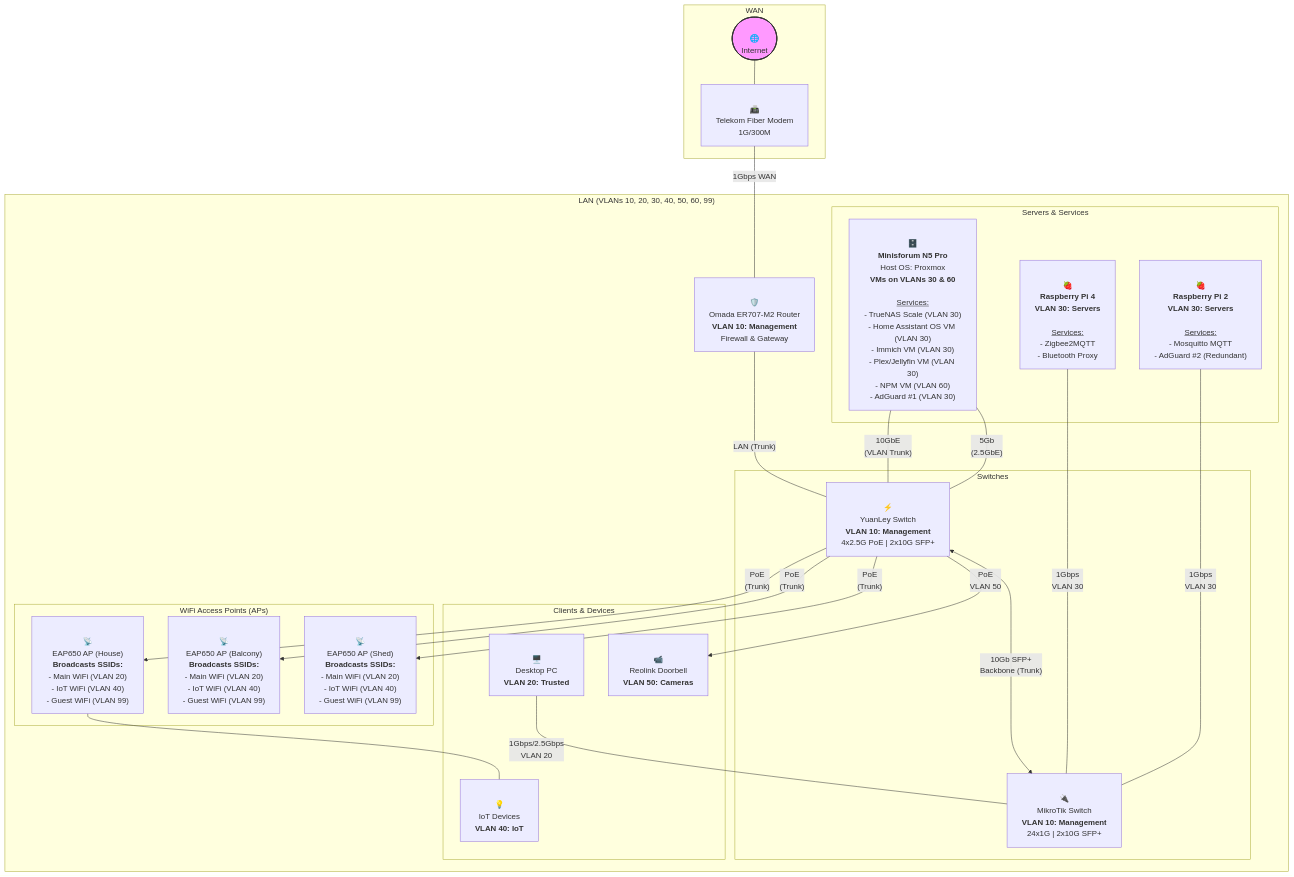
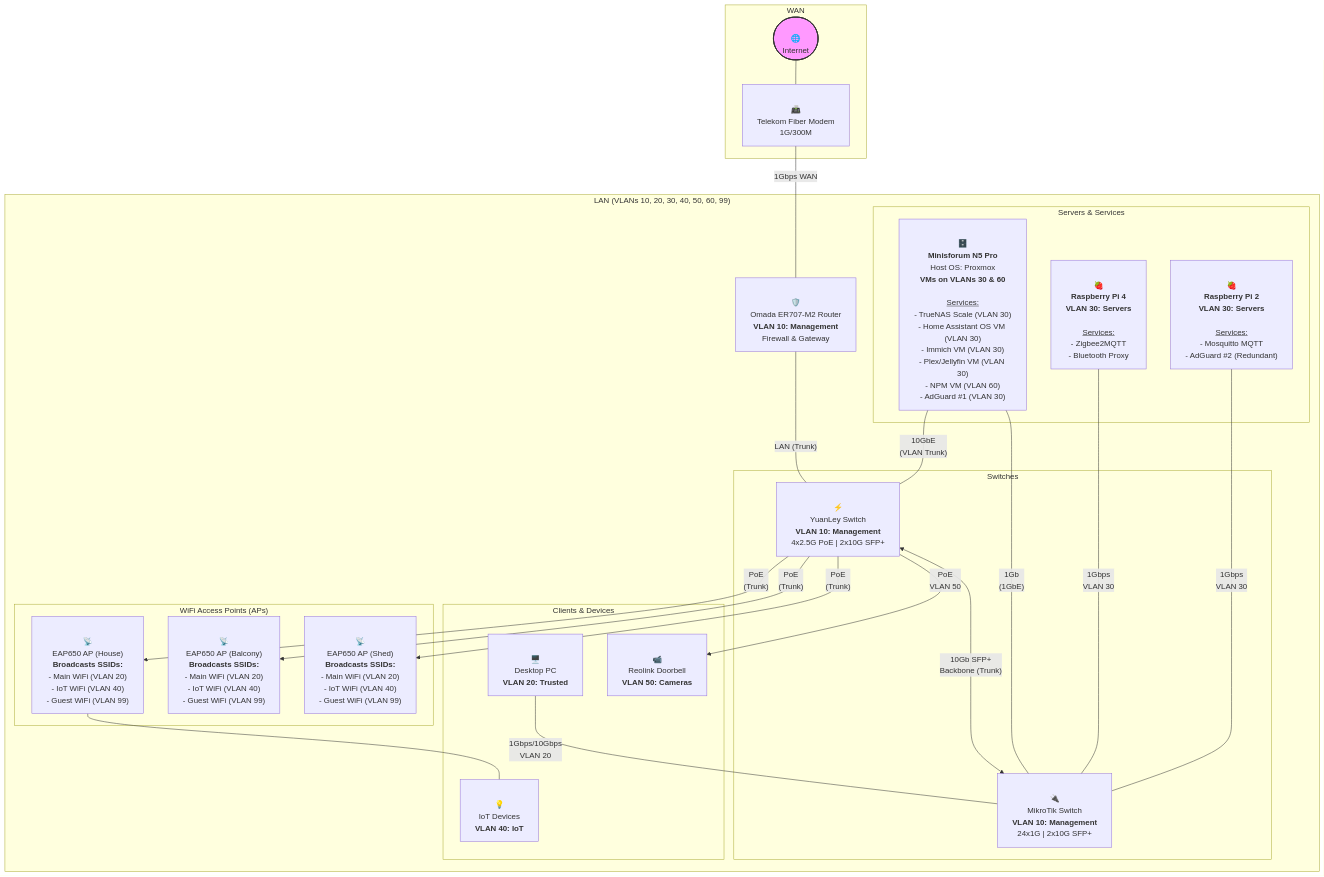
The diagram in docs/readme.md (LukaPrebil/home-network), drawn with Mermaid before and after one commit.

Commit message:
update network links

````diff
--- a/docs/readme.md
+++ b/docs/readme.md
@@ -34,58 +34,58 @@
 ```mermaid
 graph TD
     subgraph WAN
         internet([<br>🌐<br>Internet])
         style internet fill:#f9f,stroke:#333,stroke-width:2px
         modem["<br>📠<br>Telekom Fiber Modem<br>1G/300M"]
     end
 
     subgraph "LAN (VLANs 10, 20, 30, 40, 50, 60, 99)"
         router["<br>🛡️<br>Omada ER707-M2 Router<br><b>VLAN 10: Management</b><br>Firewall & Gateway"]
 
         subgraph Switches
             sw_yuanley["<br>⚡<br>YuanLey Switch<br><b>VLAN 10: Management</b><br>4x2.5G PoE | 2x10G SFP+"]
             sw_mikrotik["<br>🔌<br>MikroTik Switch<br><b>VLAN 10: Management</b><br>24x1G | 2x10G SFP+"]
         end
 
         subgraph "WiFi Access Points (APs)"
             ap1["<br>📡<br>EAP650 AP (House)<br><b>Broadcasts SSIDs:</b><br>- Main WiFi (VLAN 20)<br>- IoT WiFi (VLAN 40)<br>- Guest WiFi (VLAN 99)"]
             ap2["<br>📡<br>EAP650 AP (Balcony)<br><b>Broadcasts SSIDs:</b><br>- Main WiFi (VLAN 20)<br>- IoT WiFi (VLAN 40)<br>- Guest WiFi (VLAN 99)"]
             ap3["<br>📡<br>EAP650 AP (Shed)<br><b>Broadcasts SSIDs:</b><br>- Main WiFi (VLAN 20)<br>- IoT WiFi (VLAN 40)<br>- Guest WiFi (VLAN 99)"]
         end
         
         subgraph "Servers & Services"
             nas["<br>🗄️<br><b>Minisforum N5 Pro</b><br>Host OS: Proxmox<br><b>VMs on VLANs 30 & 60</b><br><br><u>Services:</u><br>- TrueNAS Scale (VLAN 30)<br>- Home Assistant OS VM (VLAN 30)<br>- Immich VM (VLAN 30)<br>- Plex/Jellyfin VM (VLAN 30)<br>- NPM VM (VLAN 60)<br>- AdGuard #1 (VLAN 30)"]
             rpi4["<br>🍓<br><b>Raspberry Pi 4</b><br><b>VLAN 30: Servers</b><br><br><u>Services:</u><br>- Zigbee2MQTT<br>- Bluetooth Proxy"]
             rpi2["<br>🍓<br><b>Raspberry Pi 2</b><br><b>VLAN 30: Servers</b><br><br><u>Services:</u><br>- Mosquitto MQTT<br>- AdGuard #2 (Redundant)"]
         end
 
         subgraph "Clients & Devices"
             desktop_pc["<br>🖥️<br>Desktop PC<br><b>VLAN 20: Trusted</b>"]
             doorbell["<br>📹<br>Reolink Doorbell<br><b>VLAN 50: Cameras</b>"]
             iot_devices["<br>💡<br>IoT Devices<br><b>VLAN 40: IoT</b>"]
         end
     end
 
     %% --- Connections ---
     internet --- modem
     modem ---|"1Gbps WAN"| router
     
     %% Switch Backbone
     router ---|"LAN (Trunk)"| sw_yuanley
     sw_yuanley <-->|"10Gb SFP+<br>Backbone (Trunk)"| sw_mikrotik
 
     %% Server Connections
     nas ---|"10GbE<br>(VLAN Trunk)"| sw_yuanley
-    nas ---|"5Gb <br>(2.5GbE)"| sw_yuanley
+    nas ---|"1Gb <br>(1GbE)"| sw_mikrotik
     rpi4 ---|"1Gbps<br>VLAN 30"| sw_mikrotik
     rpi2 ---|"1Gbps<br>VLAN 30"| sw_mikrotik
 
     %% Client & PoE Device Connections
     sw_yuanley --"PoE<br>VLAN 50"--> doorbell
     sw_yuanley --"PoE<br>(Trunk)"--> ap1
     sw_yuanley --"PoE<br>(Trunk)"--> ap2
     sw_yuanley --"PoE<br>(Trunk)"--> ap3
-    desktop_pc ---|"1Gbps/2.5Gbps<br>VLAN 20"| sw_mikrotik
+    desktop_pc ---|"1Gbps/10Gbps<br>VLAN 20"| sw_mikrotik
     ap1 --- iot_devices
 
 ```
````
